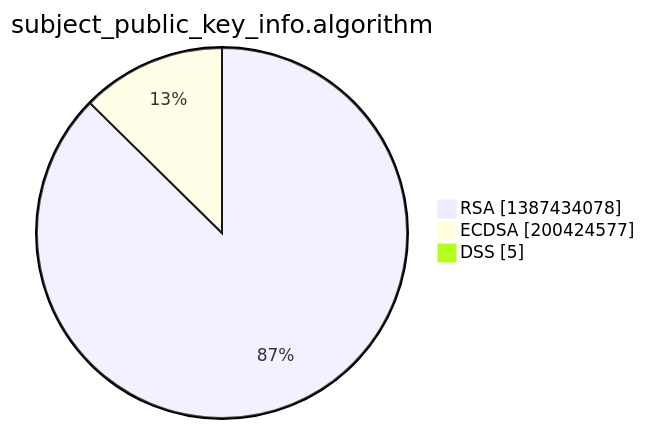
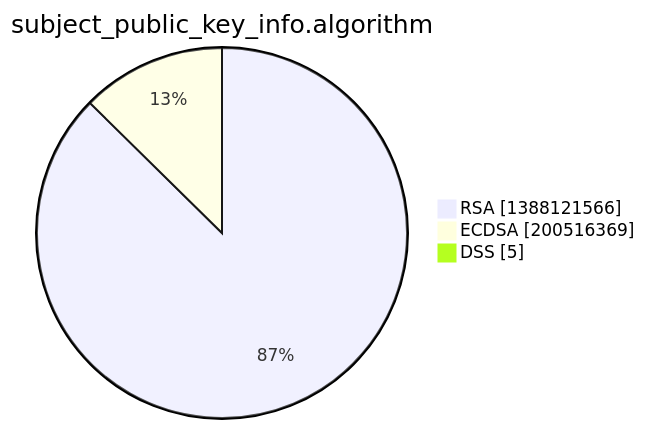
The third of 15 diagrams in xenon2022/README.md (christiankrug/ctmonitor_visualization), drawn with Mermaid before and after one commit. The commit also changed other lines of this file, not shown here.

````diff
--- a/xenon2022/README.md
+++ b/xenon2022/README.md
@@ -14,7 +14,7 @@
 ```mermaid
 pie showData
 title subject_public_key_info.algorithm
-"RSA" :1387434078
-"ECDSA" :200424577
+"RSA" :1388121566
+"ECDSA" :200516369
 "DSS" :5
 ```
````
